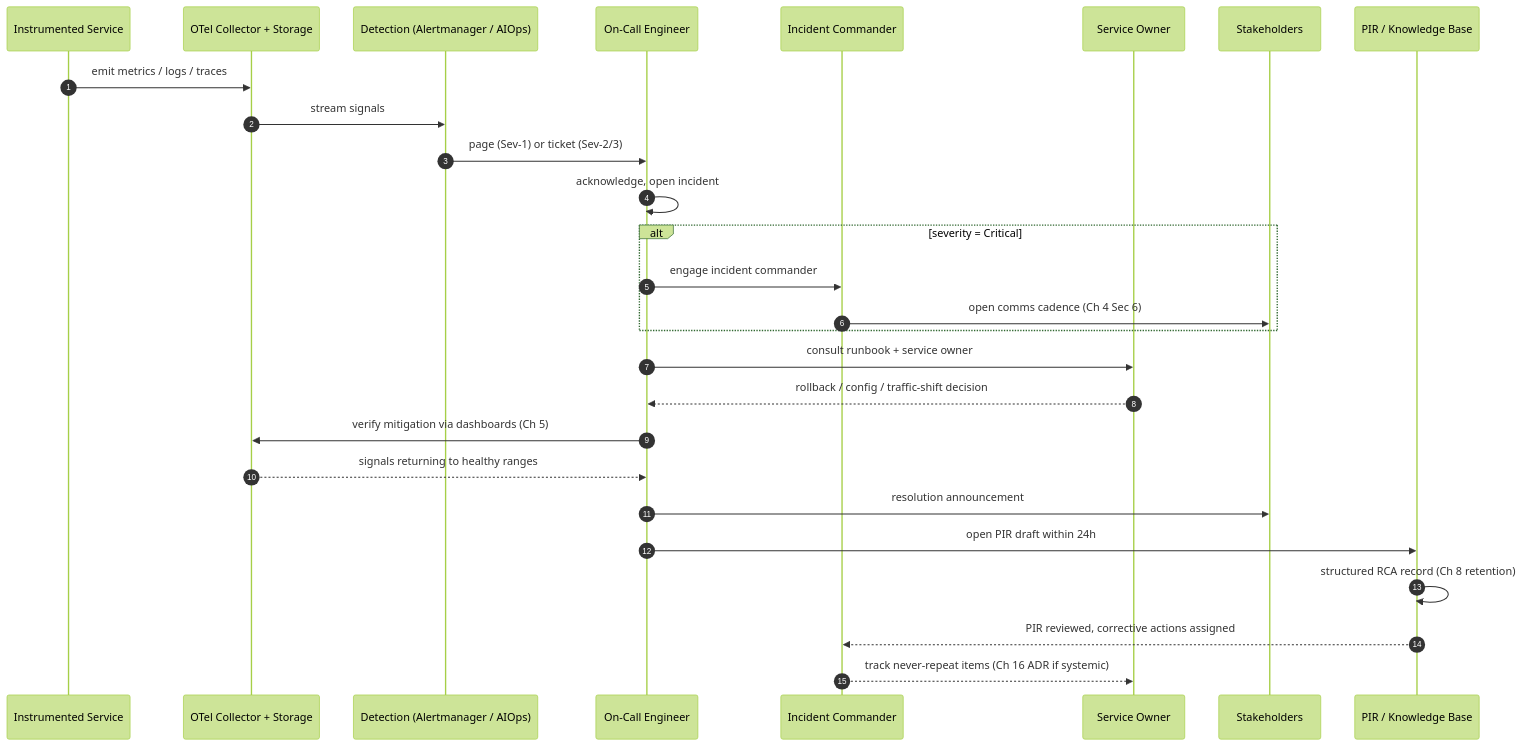
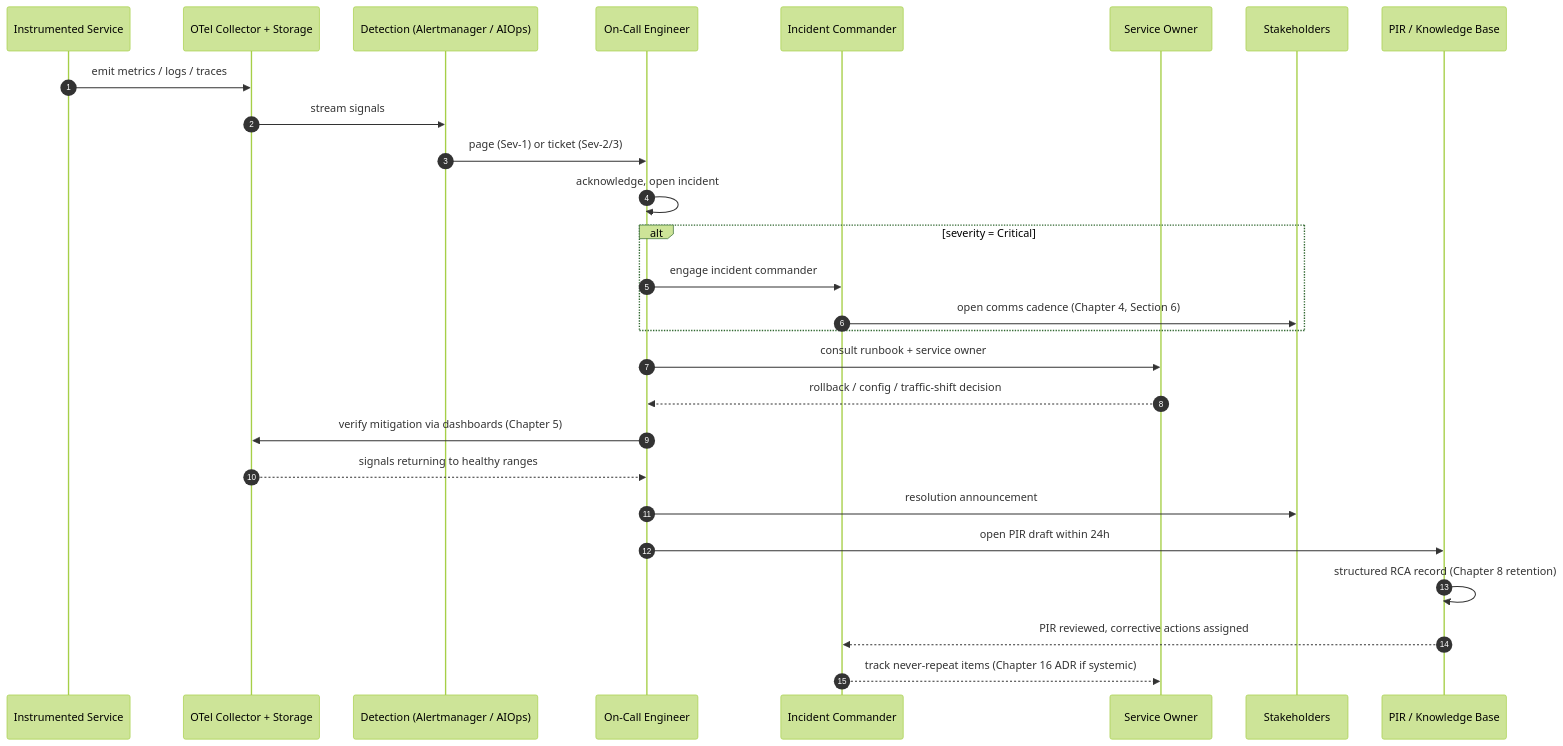
Before and after one commit to anurag-thakur-xceedance/Observability: the second of 2 diagrams in Observability-Strategy/13-incident-response-playbook.md, drawn with Mermaid (forest theme). The commit also changed other lines of this file and 37 other files, not shown here.

````diff
--- a/Observability-Strategy/13-incident-response-playbook.md
+++ b/Observability-Strategy/13-incident-response-playbook.md
@@ -56,30 +61,30 @@
 ```mermaid
 sequenceDiagram
     autonumber
     participant Svc as Instrumented Service
     participant Pipe as OTel Collector + Storage
     participant Det as Detection (Alertmanager / AIOps)
     participant OnCall as On-Call Engineer
     participant IC as Incident Commander
     participant SO as Service Owner
     participant Comms as Stakeholders
     participant KB as PIR / Knowledge Base
 
     Svc->>Pipe: emit metrics / logs / traces
     Pipe->>Det: stream signals
     Det->>OnCall: page (Sev-1) or ticket (Sev-2/3)
     OnCall->>OnCall: acknowledge, open incident
     alt severity = Critical
         OnCall->>IC: engage incident commander
-        IC->>Comms: open comms cadence (Ch 4 Sec 6)
+        IC->>Comms: open comms cadence (Chapter 4, Section 6)
     end
     OnCall->>SO: consult runbook + service owner
     SO-->>OnCall: rollback / config / traffic-shift decision
-    OnCall->>Pipe: verify mitigation via dashboards (Ch 5)
+    OnCall->>Pipe: verify mitigation via dashboards (Chapter 5)
     Pipe-->>OnCall: signals returning to healthy ranges
     OnCall->>Comms: resolution announcement
     OnCall->>KB: open PIR draft within 24h
-    KB->>KB: structured RCA record (Ch 8 retention)
+    KB->>KB: structured RCA record (Chapter 8 retention)
     KB-->>IC: PIR reviewed, corrective actions assigned
-    IC-->>SO: track never-repeat items (Ch 16 ADR if systemic)
+    IC-->>SO: track never-repeat items (Chapter 16 ADR if systemic)
 ```
````
